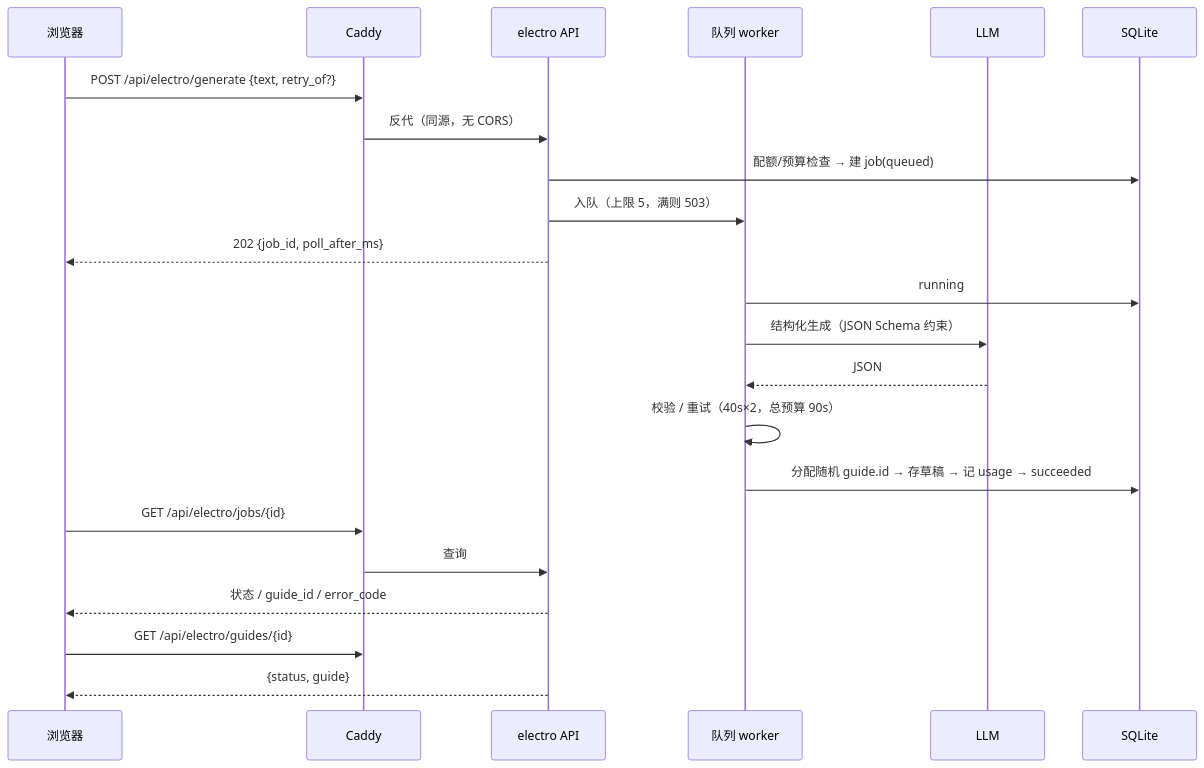
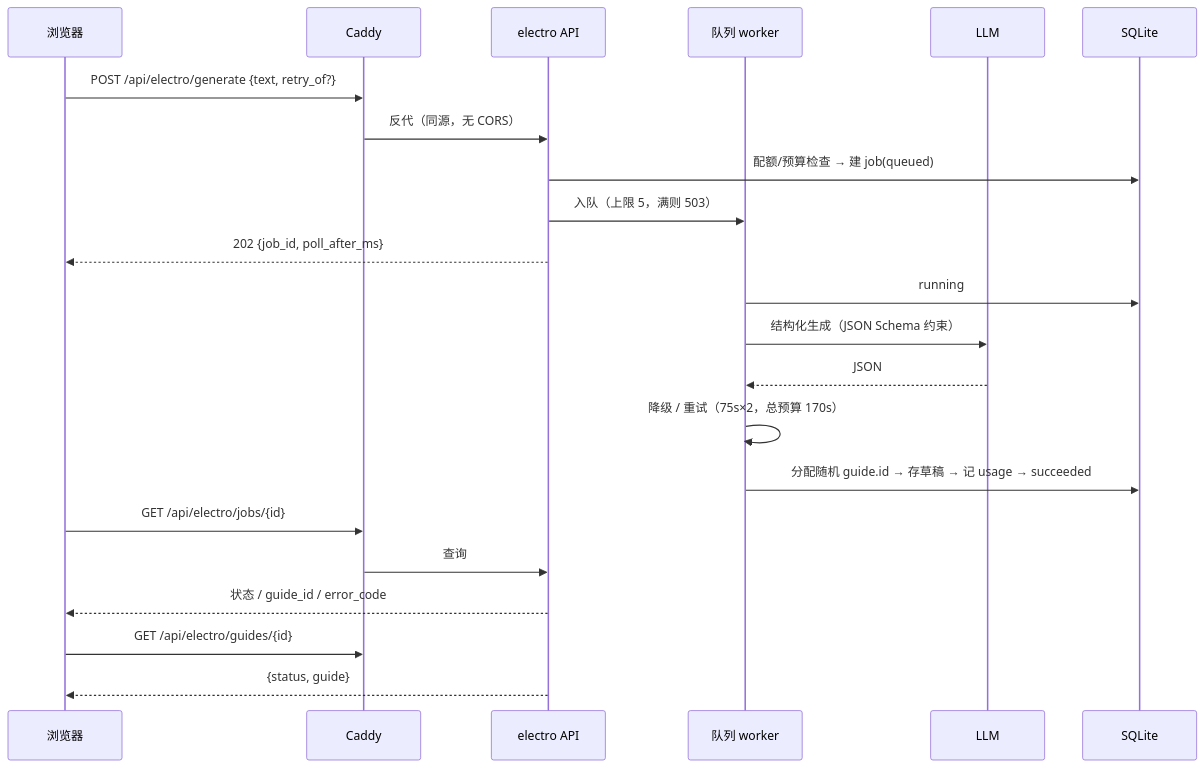
The second of 4 diagrams in docs/ARCHITECTURE.md (wenjian465276871-arch/matrix-hub), drawn with Mermaid before and after one commit. The commit also changed other lines of this file and 10 other files, not shown here.

````diff
--- a/docs/ARCHITECTURE.md
+++ b/docs/ARCHITECTURE.md
@@ -147,25 +147,25 @@
 ```mermaid
 sequenceDiagram
   participant B as 浏览器
   participant C as Caddy
   participant A as electro API
   participant Q as 队列 worker
   participant M as LLM
   participant D as SQLite
 
   B->>C: POST /api/electro/generate {text, retry_of?}
   C->>A: 反代（同源，无 CORS）
   A->>D: 配额/预算检查 → 建 job(queued)
   A->>Q: 入队（上限 5，满则 503）
   A-->>B: 202 {job_id, poll_after_ms}
   Q->>D: running
   Q->>M: 结构化生成（JSON Schema 约束）
   M-->>Q: JSON
-  Q->>Q: 校验 / 重试（40s×2，总预算 90s）
+  Q->>Q: 降级 / 重试（75s×2，总预算 170s）
   Q->>D: 分配随机 guide.id → 存草稿 → 记 usage → succeeded
   B->>C: GET /api/electro/jobs/{id}
   C->>A: 查询
   A-->>B: 状态 / guide_id / error_code
   B->>C: GET /api/electro/guides/{id}
   A-->>B: {status, guide}
 ```
````
